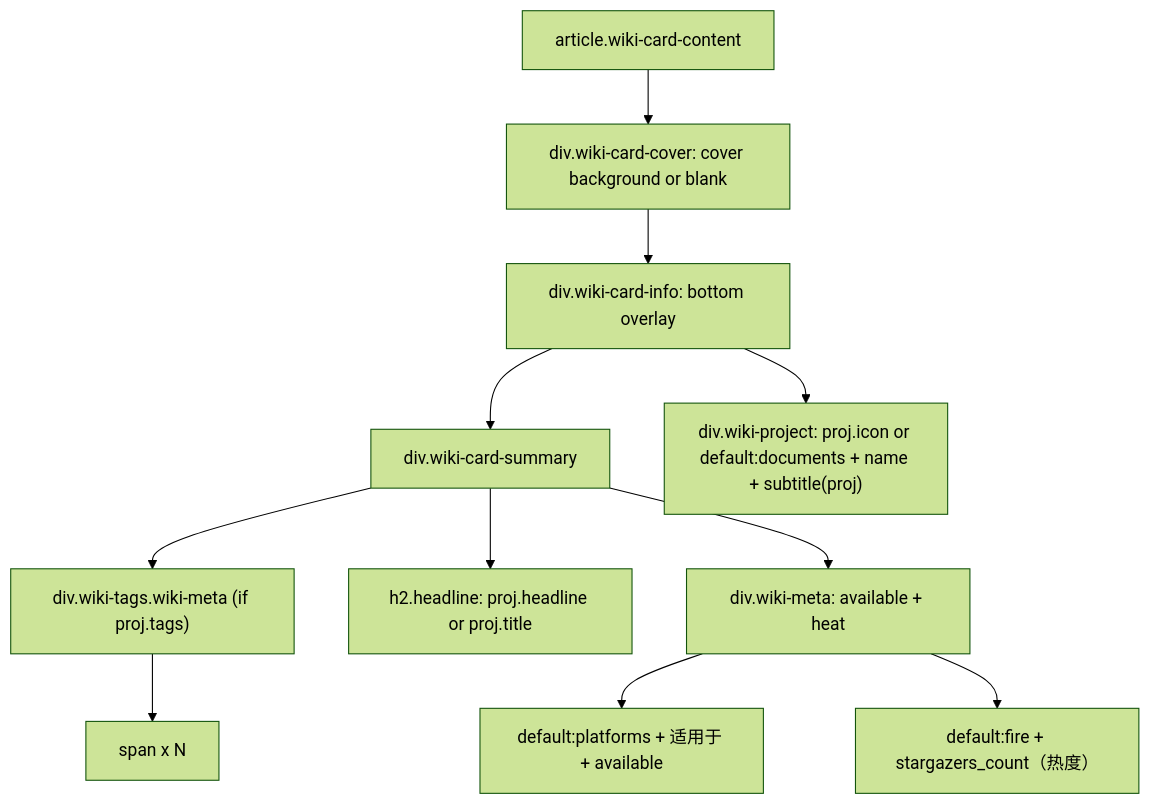
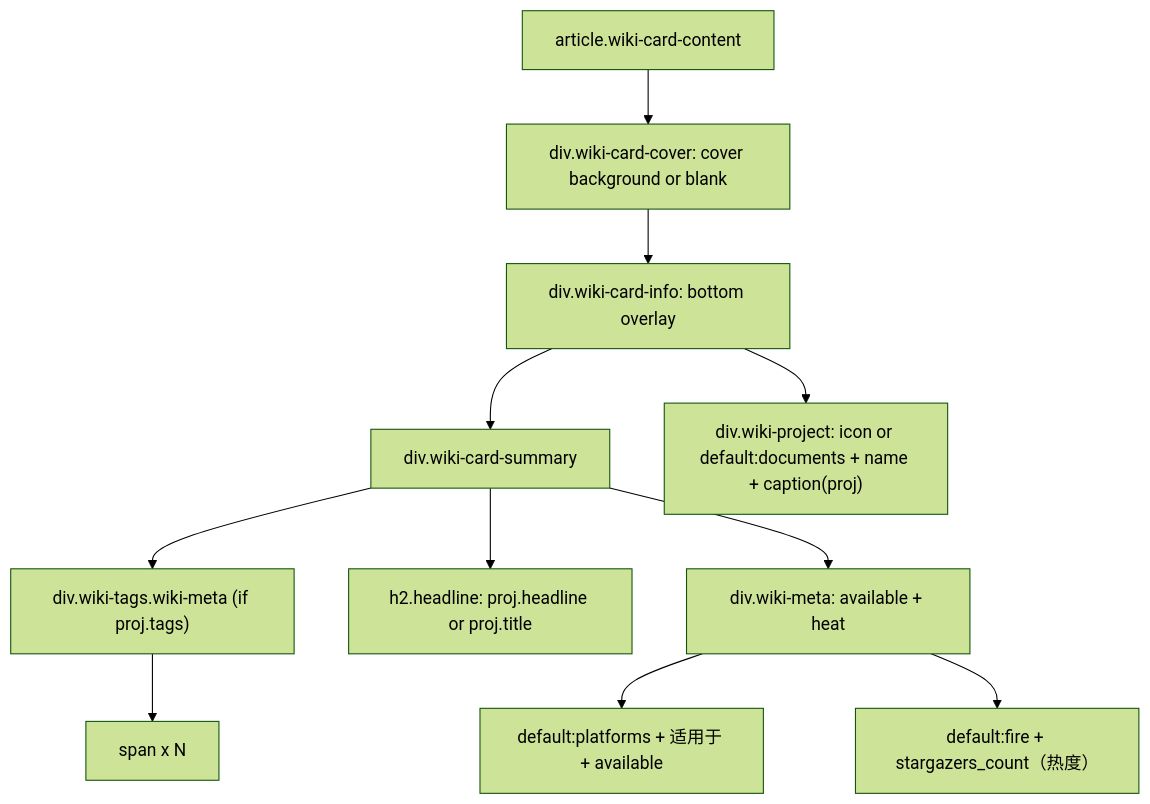
Before and after one commit to xaoxuu/hexo-theme-stellar: the ninth of 10 diagrams in docs/knowledge/03-内容系统/post-lists-cards.md, drawn with Mermaid (forest theme). The commit also changed other lines of this file and 861 other files, not shown here.

````diff
--- a/docs/knowledge/03-内容系统/post-lists-cards.md
+++ b/docs/knowledge/03-内容系统/post-lists-cards.md
@@ -426,25 +441,25 @@
 ```mermaid
 graph TD
     Article["article.wiki-card-content"]
     Cover["div.wiki-card-cover: cover background or blank"]
     Info["div.wiki-card-info: bottom overlay"]
     Summary["div.wiki-card-summary"]
     Caps["div.wiki-tags.wiki-meta (if proj.tags)"]
     TagSpan["span x N"]
     Title["h2.headline: proj.headline or proj.title"]
     Meta["div.wiki-meta: available + heat"]
     Platform["default:platforms + 适用于 + available"]
     Star["default:fire + stargazers_count（热度）"]
-    Project["div.wiki-project: proj.icon or default:documents + name + subtitle(proj)"]
+    Project["div.wiki-project: icon or default:documents + name + caption(proj)"]
 
     Article --> Cover
     Cover --> Info
     Info --> Summary
     Summary --> Caps
     Caps --> TagSpan
     Summary --> Title
     Summary --> Meta
     Meta --> Platform
     Meta --> Star
     Info --> Project
 ```
````
